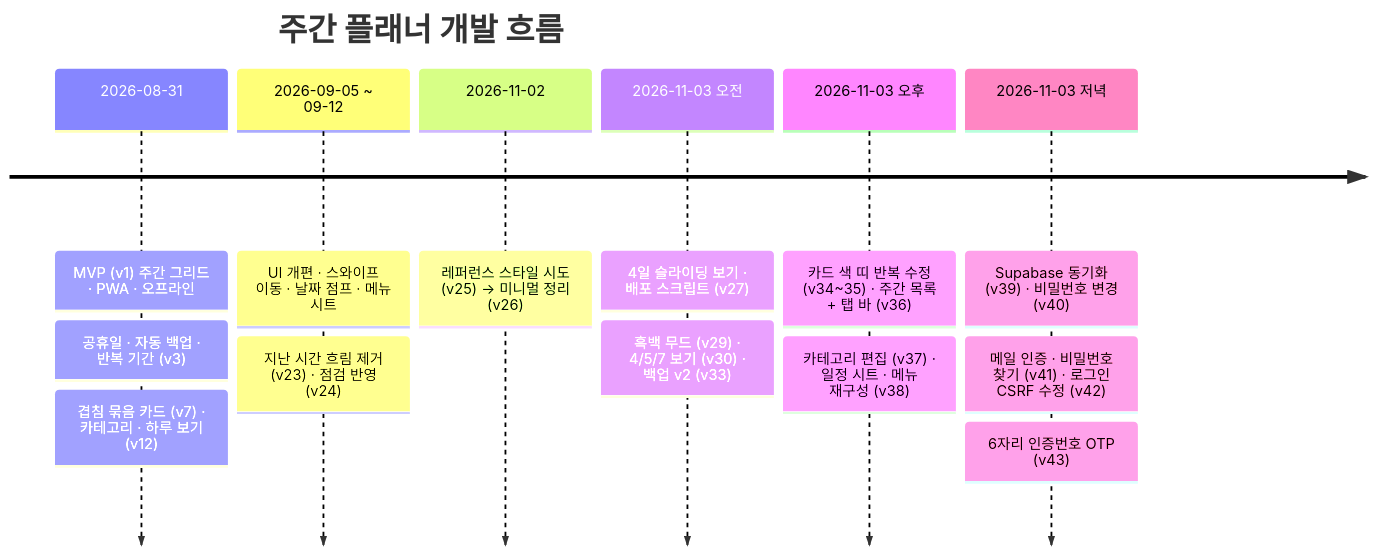
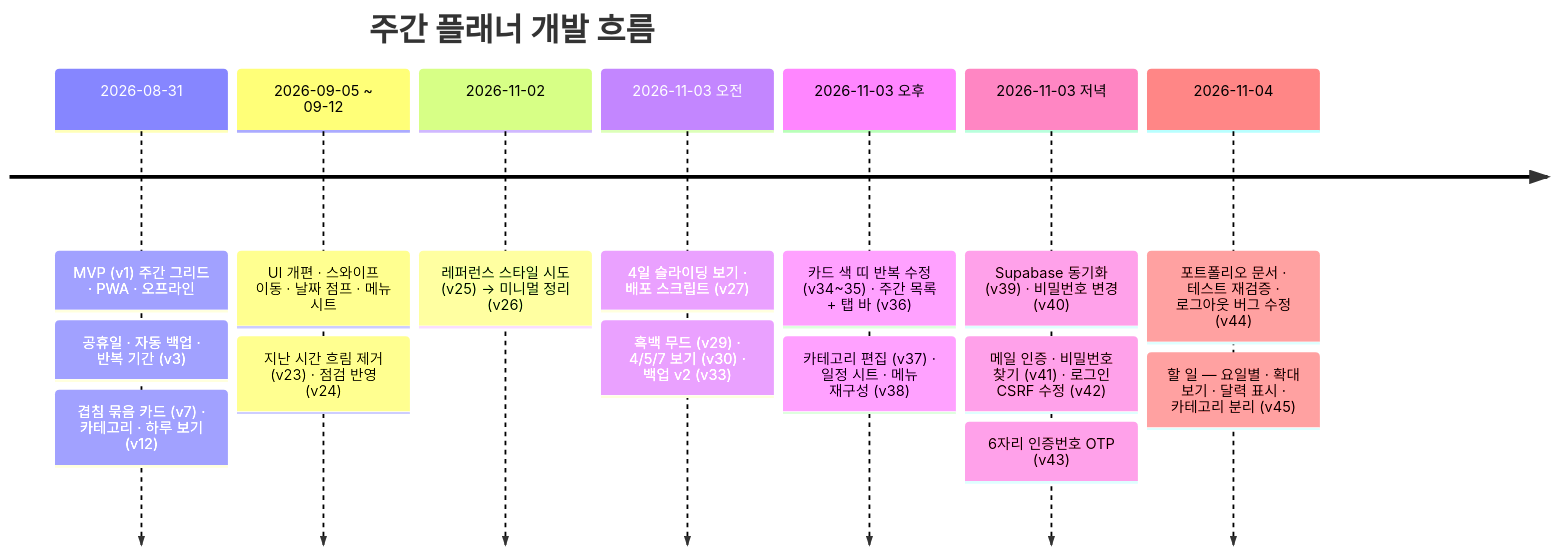
Before and after one commit to jmg0929/weekly-planner: the second of 2 diagrams in docs/README.md, drawn with Mermaid. The commit also changed other lines of this file and 13 other files, not shown here.

Commit message:
할 일 화면 추가 (요일별, 하루 확대 보기, 달력 표시 카테고리, 할 일 카테고리 분리), 문서 갱신

````diff
--- a/docs/README.md
+++ b/docs/README.md
@@ -119,17 +122,19 @@
 ```mermaid
 timeline
   title 주간 플래너 개발 흐름
   2026-08-31 : MVP (v1) 주간 그리드 · PWA · 오프라인
              : 공휴일 · 자동 백업 · 반복 기간 (v3)
              : 겹침 묶음 카드 (v7) · 카테고리 · 하루 보기 (v12)
   2026-09-05 ~ 09-12 : UI 개편 · 스와이프 이동 · 날짜 점프 · 메뉴 시트
                      : 지난 시간 흐림 제거 (v23) · 점검 반영 (v24)
   2026-11-02 : 레퍼런스 스타일 시도 (v25) → 미니멀 정리 (v26)
   2026-11-03 오전 : 4일 슬라이딩 보기 · 배포 스크립트 (v27)
                  : 흑백 무드 (v29) · 4/5/7 보기 (v30) · 백업 v2 (v33)
   2026-11-03 오후 : 카드 색 띠 반복 수정 (v34~35) · 주간 목록 + 탭 바 (v36)
                  : 카테고리 편집 (v37) · 일정 시트 · 메뉴 재구성 (v38)
   2026-11-03 저녁 : Supabase 동기화 (v39) · 비밀번호 변경 (v40)
                  : 메일 인증 · 비밀번호 찾기 (v41) · 로그인 CSRF 수정 (v42)
                  : 6자리 인증번호 OTP (v43)
+  2026-11-04 : 포트폴리오 문서 · 테스트 재검증 · 로그아웃 버그 수정 (v44)
+             : 할 일 — 요일별 · 확대 보기 · 달력 표시 · 카테고리 분리 (v45)
 ```
````
